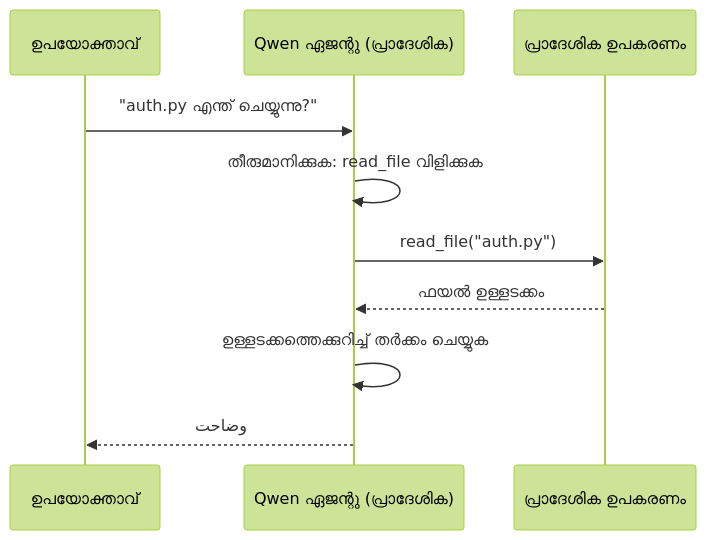
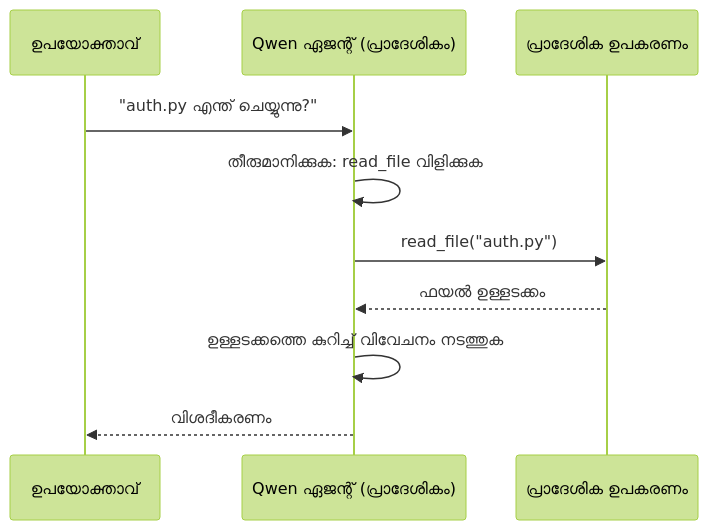
One commit to gabrielmoreira/agent-skills-mirror changed the second of 4 diagrams in mirrors/repos/microsoft@ai-agents-for-beginners/translations/ml/17-creating-local-ai-agents/README.md. Above: the diagram before and after it, drawn with Mermaid (forest theme). The commit also changed other lines of this file and 4262 other files, not shown here.

````diff
--- a/mirrors/repos/microsoft@ai-agents-for-beginners/translations/ml/17-creating-local-ai-agents/README.md
+++ b/mirrors/repos/microsoft@ai-agents-for-beginners/translations/ml/17-creating-local-ai-agents/README.md
@@ -106,12 +106,12 @@
 ```mermaid
 sequenceDiagram
     participant U as ഉപയോക്താവ്
-    participant A as Qwen ഏജന്റു (പ്രാദേശിക)
+    participant A as Qwen ഏജന്റ് (പ്രാദേശികം)
     participant T as പ്രാദേശിക ഉപകരണം
     U->>A: "auth.py എന്ത് ചെയ്യുന്നു?"
     A->>A: തീരുമാനിക്കുക: read_file വിളിക്കുക
     A->>T: read_file("auth.py")
     T-->>A: ഫയൽ ഉള്ളടക്കം
-    A->>A: ഉള്ളടക്കത്തെക്കുറിച്ച് തർക്കം ചെയ്യുക
-    A-->>U: وضاحت
+    A->>A: ഉള്ളടക്കത്തെ കുറിച്ച് വിവേചനം നടത്തുക
+    A-->>U: വിശദീകരണം
 ```
````
